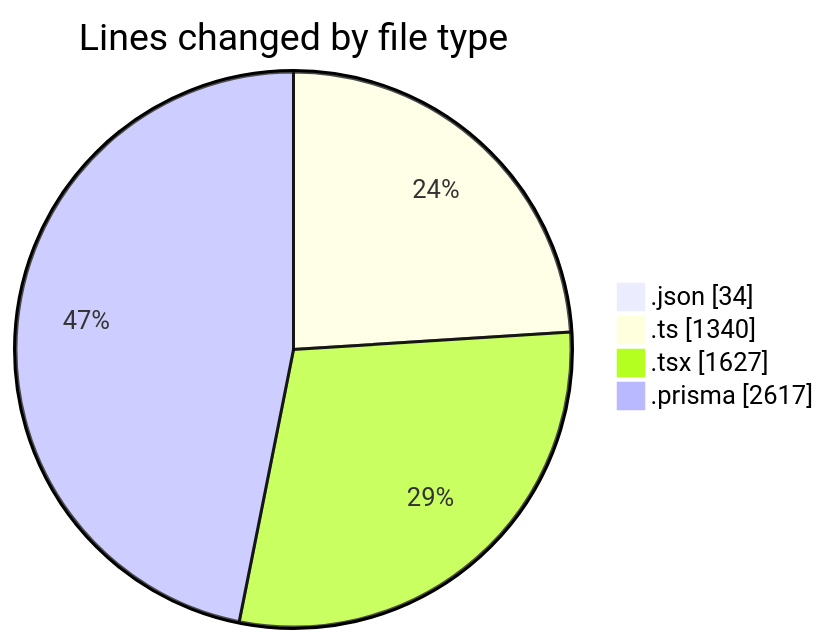
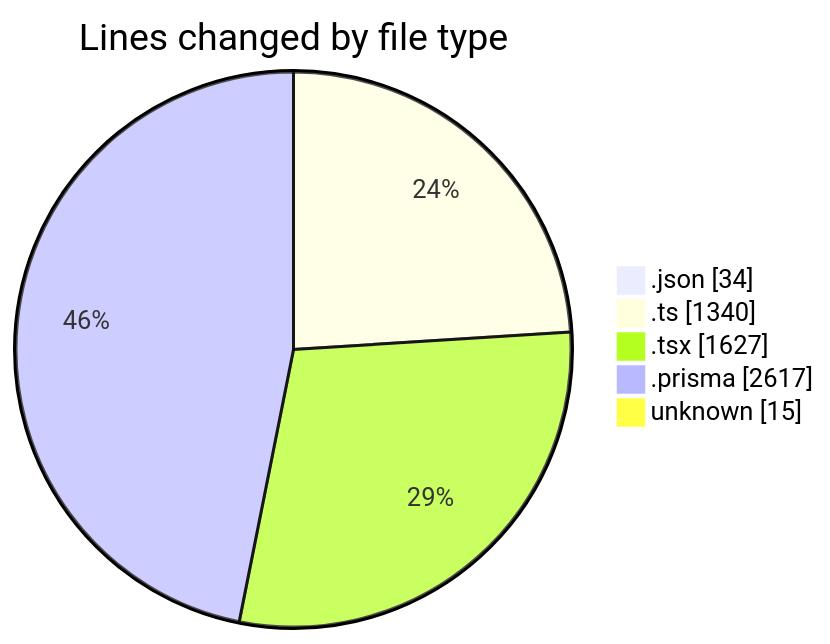
The first of 2 diagrams in 2025-05-15/ecodeli-1/README.md (CELIANVF/code-tracking), drawn with Mermaid before and after one commit. The commit also changed other lines of this file and 1 other file, not shown here.

````diff
--- a/2025-05-15/ecodeli-1/README.md
+++ b/2025-05-15/ecodeli-1/README.md
@@ -31,8 +32,9 @@
 ```mermaid
 pie showData
 title Lines changed by file type
 ".json" : 34
 ".ts" : 1340
 ".tsx" : 1627
 ".prisma" : 2617
+"unknown" : 15
 ```
````
